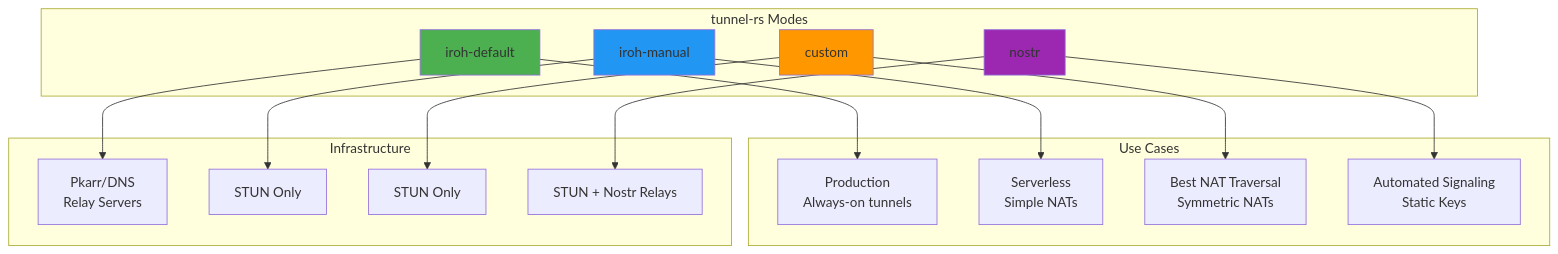
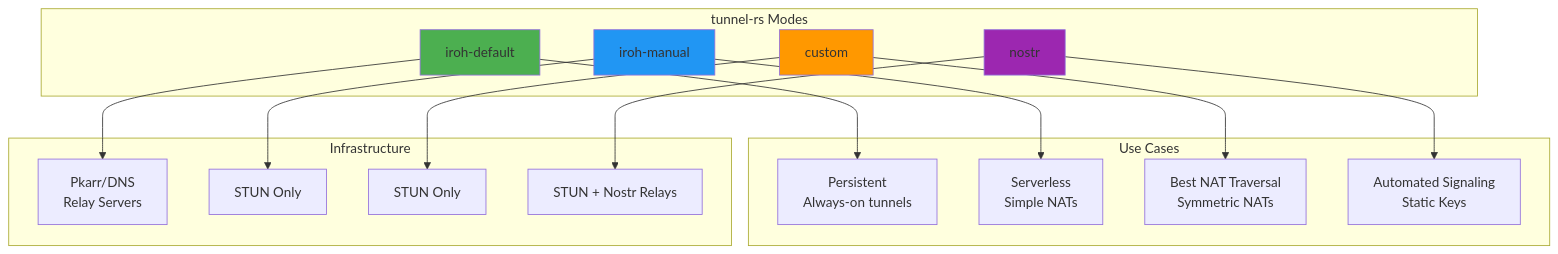
The first of 38 diagrams in docs/ARCHITECTURE.md (andrewtheguy/vpn-rs), drawn with Mermaid before and after one commit. The commit also changed other lines of this file and 1 other file, not shown here.

Commit message:
feat: add project goal statements and update "production" terminology to "persistent" or "long-running" for clarity

````diff
--- a/docs/ARCHITECTURE.md
+++ b/docs/ARCHITECTURE.md
@@ -24,38 +26,38 @@
 ```mermaid
 graph TB
     subgraph "tunnel-rs Modes"
         A[iroh-default]
         B[iroh-manual]
         C[custom]
         D2[nostr]
     end
 
     subgraph "Use Cases"
-        D[Production<br/>Always-on tunnels]
+        D[Persistent<br/>Always-on tunnels]
         E[Serverless<br/>Simple NATs]
         F[Best NAT Traversal<br/>Symmetric NATs]
         F2[Automated Signaling<br/>Static Keys]
     end
 
     subgraph "Infrastructure"
         G[Pkarr/DNS<br/>Relay Servers]
         H[STUN Only]
         I[STUN Only]
         I2[STUN + Nostr Relays]
     end
 
     A --> D
     B --> E
     C --> F
     D2 --> F2
 
     A --> G
     B --> H
     C --> I
     D2 --> I2
 
     style A fill:#4CAF50
     style B fill:#2196F3
     style C fill:#FF9800
     style D2 fill:#9C27B0
 ```
````
